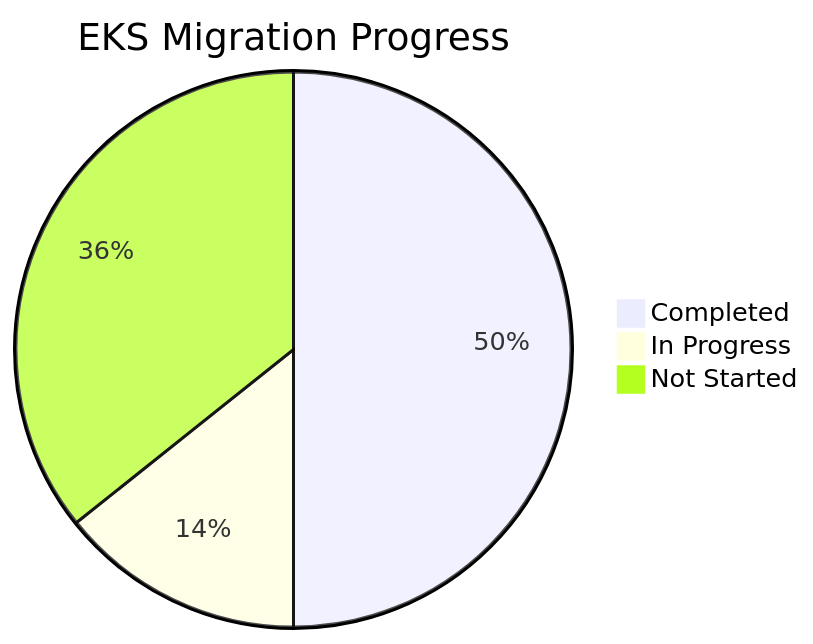
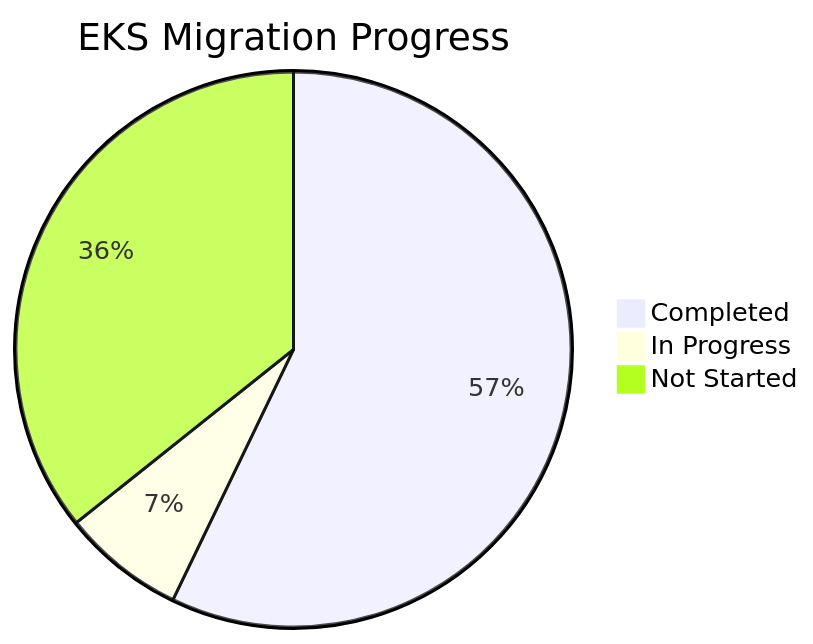
One commit to yoonsoo-park/k8s-n8n-nabi changed the first of 3 diagrams in memory-bank/tasks.md. Above: the diagram before and after it, drawn with Mermaid. The commit also changed other lines of this file, not shown here.

````diff
--- a/memory-bank/tasks.md
+++ b/memory-bank/tasks.md
@@ -369,6 +369,6 @@
 ```mermaid
 pie title EKS Migration Progress
-    "Completed" : 7
-    "In Progress" : 2
+    "Completed" : 8
+    "In Progress" : 1
     "Not Started" : 5
 ```
````
